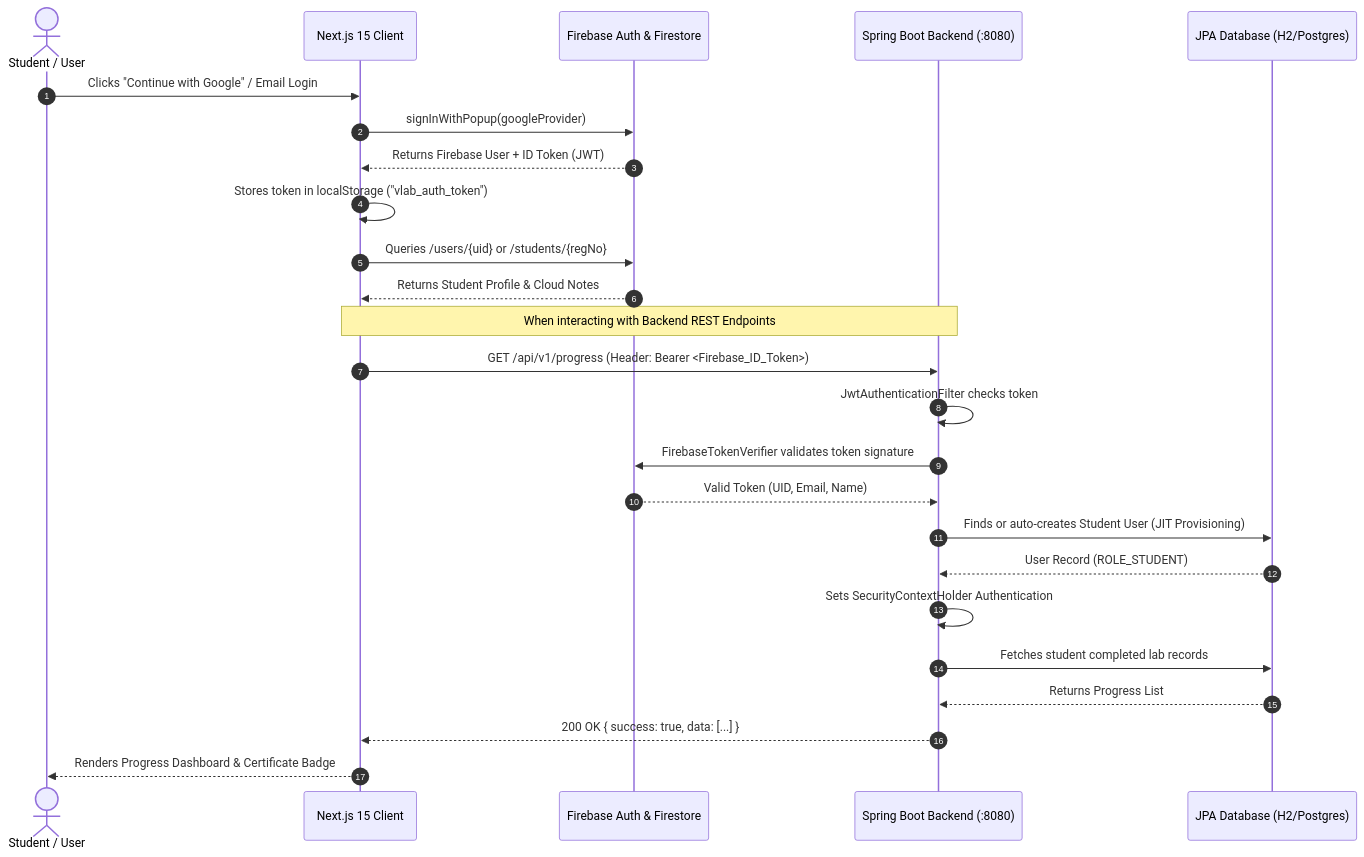
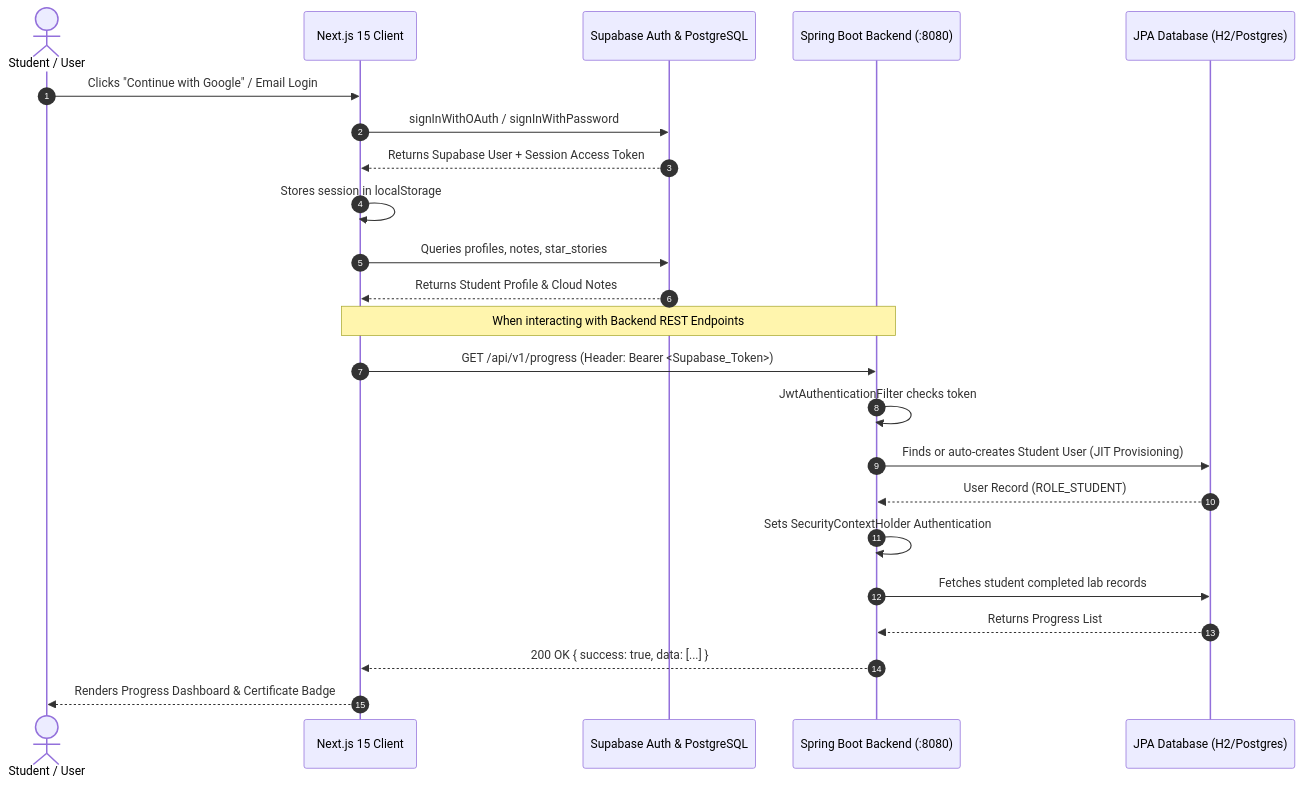
Before and after one commit to Nishanth401/Virtual-Labs: the second of 2 diagrams in README.md, drawn with Mermaid. The commit also changed other lines of this file and 54 other files, not shown here.

````diff
--- a/README.md
+++ b/README.md
@@ -306,29 +246,27 @@
 ```mermaid
 sequenceDiagram
     autonumber
     actor Student as Student / User
     participant NextJS as Next.js 15 Client
-    participant Firebase as Firebase Auth & Firestore
+    participant Supabase as Supabase Auth & PostgreSQL
     participant Spring as Spring Boot Backend (:8080)
     participant Database as JPA Database (H2/Postgres)
 
     Student->>NextJS: Clicks "Continue with Google" / Email Login
-    NextJS->>Firebase: signInWithPopup(googleProvider)
-    Firebase-->>NextJS: Returns Firebase User + ID Token (JWT)
-    NextJS->>NextJS: Stores token in localStorage ("vlab_auth_token")
-    NextJS->>Firebase: Queries /users/{uid} or /students/{regNo}
-    Firebase-->>NextJS: Returns Student Profile & Cloud Notes
+    NextJS->>Supabase: signInWithOAuth / signInWithPassword
+    Supabase-->>NextJS: Returns Supabase User + Session Access Token
+    NextJS->>NextJS: Stores session in localStorage
+    NextJS->>Supabase: Queries profiles, notes, star_stories
+    Supabase-->>NextJS: Returns Student Profile & Cloud Notes
 
     Note over NextJS,Spring: When interacting with Backend REST Endpoints
-    NextJS->>Spring: GET /api/v1/progress (Header: Bearer <Firebase_ID_Token>)
+    NextJS->>Spring: GET /api/v1/progress (Header: Bearer <Supabase_Token>)
     Spring->>Spring: JwtAuthenticationFilter checks token
-    Spring->>Firebase: FirebaseTokenVerifier validates token signature
-    Firebase-->>Spring: Valid Token (UID, Email, Name)
     Spring->>Database: Finds or auto-creates Student User (JIT Provisioning)
     Database-->>Spring: User Record (ROLE_STUDENT)
     Spring->>Spring: Sets SecurityContextHolder Authentication
     Spring->>Database: Fetches student completed lab records
     Database-->>Spring: Returns Progress List
     Spring-->>NextJS: 200 OK { success: true, data: [...] }
     NextJS-->>Student: Renders Progress Dashboard & Certificate Badge
 ```
````
